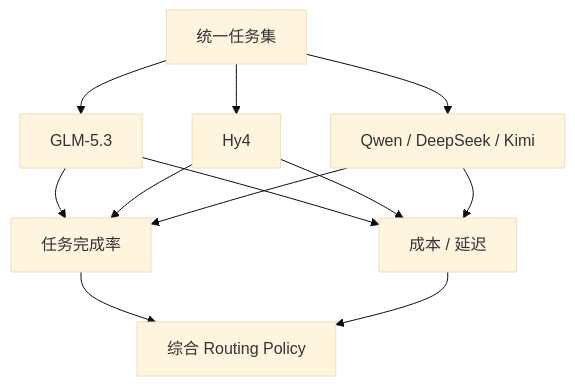
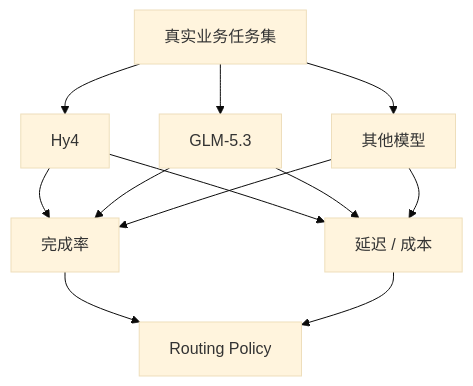
Before and after one commit to wlf186/ai-daily-headlines: the fourth of 20 diagrams in 260829.md, drawn with Mermaid (base theme). The commit also changed other lines of this file, not shown here.

````diff
--- a/260829.md
+++ b/260829.md
@@ -153,14 +153,14 @@
 ```mermaid
 flowchart TD
-    HE1[统一任务集] --> HE2[GLM-5.3]
-    HE1 --> HE3[Hy4]
-    HE1 --> HE4[Qwen / DeepSeek / Kimi]
-    HE2 --> HE5[任务完成率]
+    HE1[真实业务任务集] --> HE2[Hy4]
+    HE1 --> HE3[GLM-5.3]
+    HE1 --> HE4[其他模型]
+    HE2 --> HE5[完成率]
     HE3 --> HE5
     HE4 --> HE5
-    HE2 --> HE6[成本 / 延迟]
+    HE2 --> HE6[延迟 / 成本]
     HE3 --> HE6
     HE4 --> HE6
-    HE5 --> HE7[综合 Routing Policy]
+    HE5 --> HE7[Routing Policy]
     HE6 --> HE7
 ```
````
